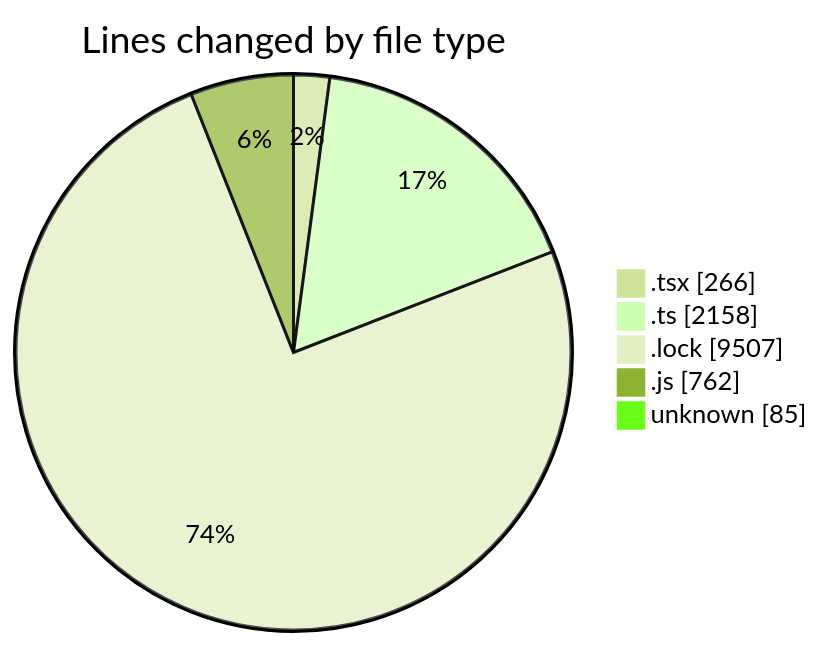
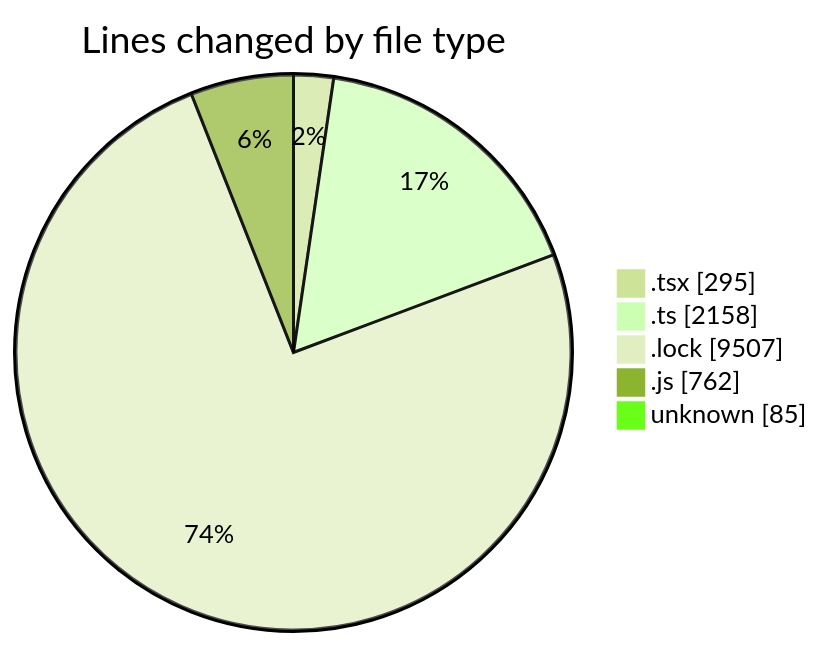
The first of 2 diagrams in 2026-02-18/cda/README.md (momahboobian/code-tracking), drawn with Mermaid (forest theme) before and after one commit. The commit also changed other lines of this file and 1 other file, not shown here.

````diff
--- a/2026-02-18/cda/README.md
+++ b/2026-02-18/cda/README.md
@@ -29,9 +29,9 @@
 ```mermaid
 pie showData
 title Lines changed by file type
-".tsx" : 266
+".tsx" : 295
 ".ts" : 2158
 ".lock" : 9507
 ".js" : 762
 "unknown" : 85
 ```
````
